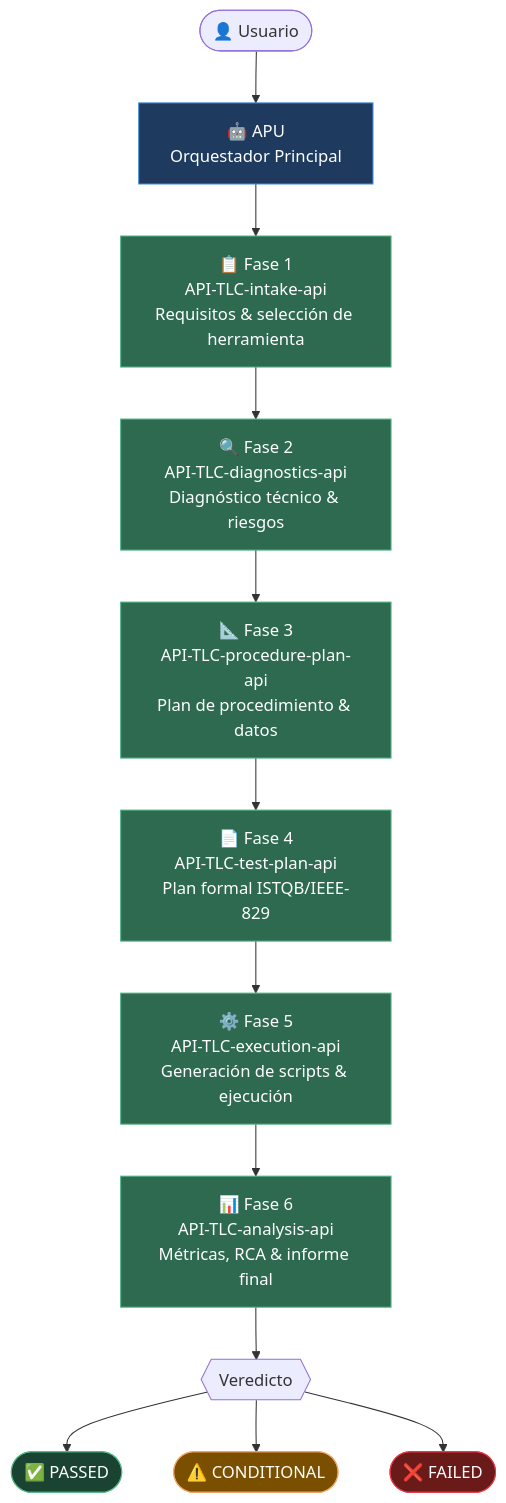
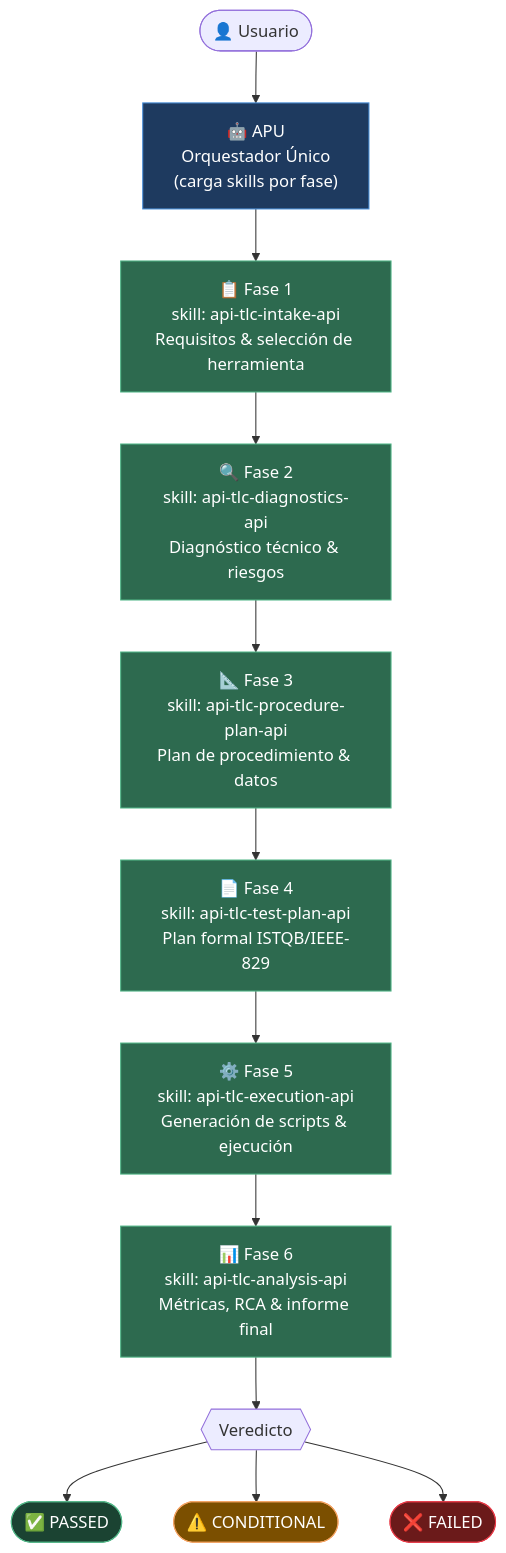
The first of 7 diagrams in README.md (criquil/API-TLC), drawn with Mermaid before and after one commit. The commit also changed other lines of this file and 58 other files, not shown here.

````diff
--- a/README.md
+++ b/README.md
@@ -19,29 +21,29 @@
 ```mermaid
 flowchart TD
     U([👤 Usuario]) --> APU
 
-    APU["🤖 APU\nOrquestador Principal"]
+    APU["🤖 APU\nOrquestador Único\n(carga skills por fase)"]
 
-    APU --> F1["📋 Fase 1\nAPI-TLC-intake-api\nRequisitos & selección de herramienta"]
-    F1 --> F2["🔍 Fase 2\nAPI-TLC-diagnostics-api\nDiagnóstico técnico & riesgos"]
-    F2 --> F3["📐 Fase 3\nAPI-TLC-procedure-plan-api\nPlan de procedimiento & datos"]
-    F3 --> F4["📄 Fase 4\nAPI-TLC-test-plan-api\nPlan formal ISTQB/IEEE-829"]
-    F4 --> F5["⚙️ Fase 5\nAPI-TLC-execution-api\nGeneración de scripts & ejecución"]
-    F5 --> F6["📊 Fase 6\nAPI-TLC-analysis-api\nMétricas, RCA & informe final"]
+    APU --> F1["📋 Fase 1\nskill: api-tlc-intake-api\nRequisitos & selección de herramienta"]
+    F1 --> F2["🔍 Fase 2\nskill: api-tlc-diagnostics-api\nDiagnóstico técnico & riesgos"]
+    F2 --> F3["📐 Fase 3\nskill: api-tlc-procedure-plan-api\nPlan de procedimiento & datos"]
+    F3 --> F4["📄 Fase 4\nskill: api-tlc-test-plan-api\nPlan formal ISTQB/IEEE-829"]
+    F4 --> F5["⚙️ Fase 5\nskill: api-tlc-execution-api\nGeneración de scripts & ejecución"]
+    F5 --> F6["📊 Fase 6\nskill: api-tlc-analysis-api\nMétricas, RCA & informe final"]
 
     F6 --> V{{"Veredicto"}}
     V --> P(["✅ PASSED"])
     V --> C(["⚠️ CONDITIONAL"])
     V --> X(["❌ FAILED"])
 
     style APU fill:#1e3a5f,color:#fff,stroke:#4a90d9
     style F1 fill:#2d6a4f,color:#fff,stroke:#52b788
     style F2 fill:#2d6a4f,color:#fff,stroke:#52b788
     style F3 fill:#2d6a4f,color:#fff,stroke:#52b788
     style F4 fill:#2d6a4f,color:#fff,stroke:#52b788
     style F5 fill:#2d6a4f,color:#fff,stroke:#52b788
     style F6 fill:#2d6a4f,color:#fff,stroke:#52b788
     style P fill:#1b4332,color:#fff,stroke:#52b788
     style C fill:#7b4f00,color:#fff,stroke:#f4a261
     style X fill:#6b1a1a,color:#fff,stroke:#e63946
 ```
````
